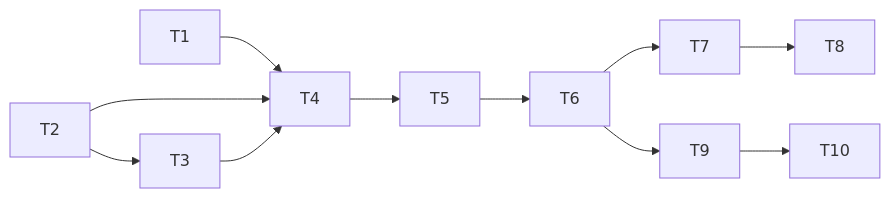
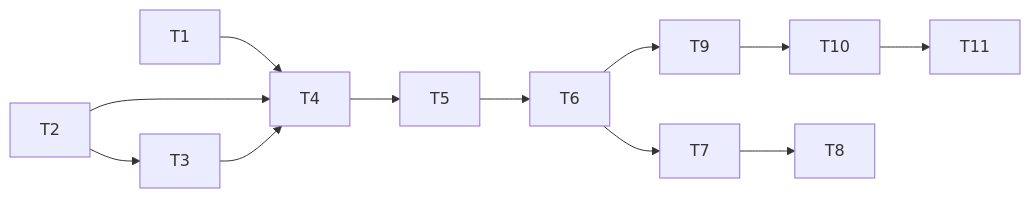
One commit to twjohnwu/MRInspect changed the diagram in STDD/incremental-review/tasks.md. Above: the diagram before and after it, drawn with Mermaid. The commit also changed other lines of this file and 1 other file, not shown here.

````diff
--- a/STDD/incremental-review/tasks.md
+++ b/STDD/incremental-review/tasks.md
@@ -109,13 +119,14 @@
 ```mermaid
 flowchart LR
     T1 --> T4
     T2 --> T3
     T2 --> T4
     T3 --> T4
     T4 --> T5
     T5 --> T6
     T6 --> T7
     T6 --> T9
     T9 --> T10
+    T10 --> T11
     T7 --> T8
 ```
````
